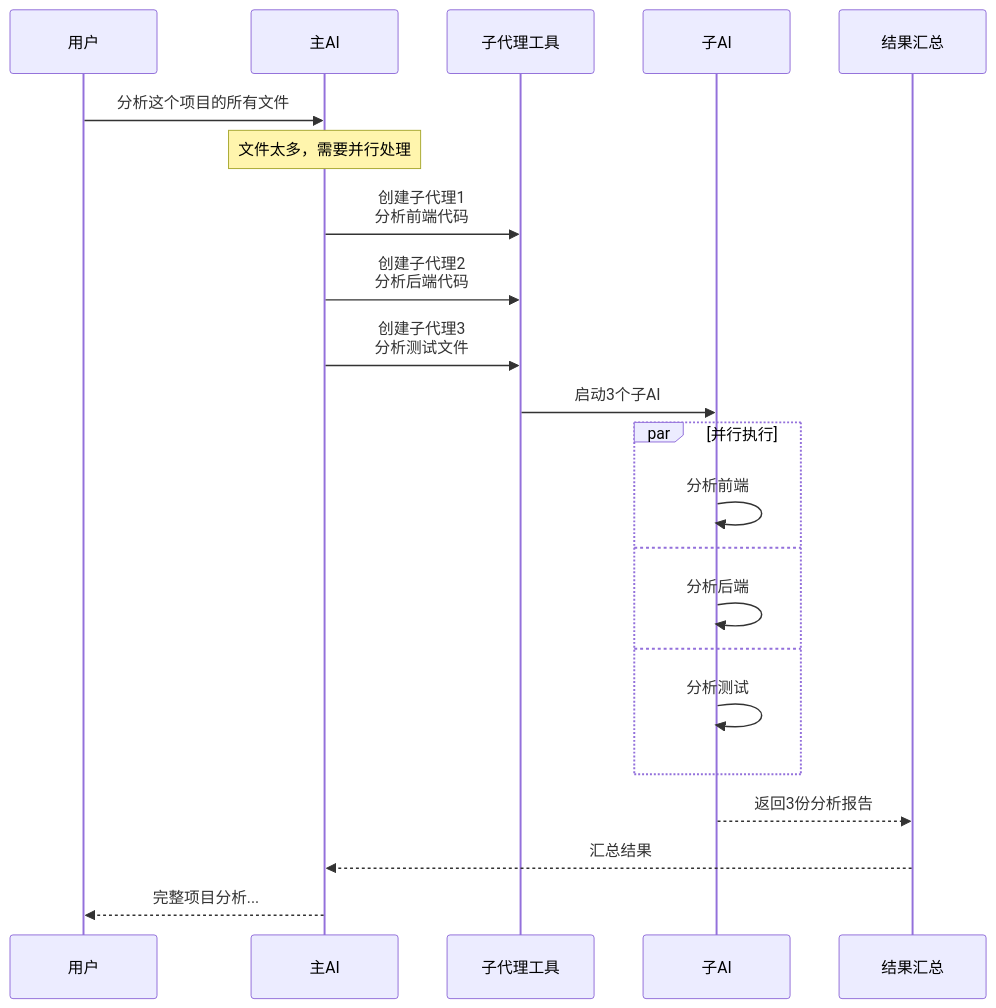
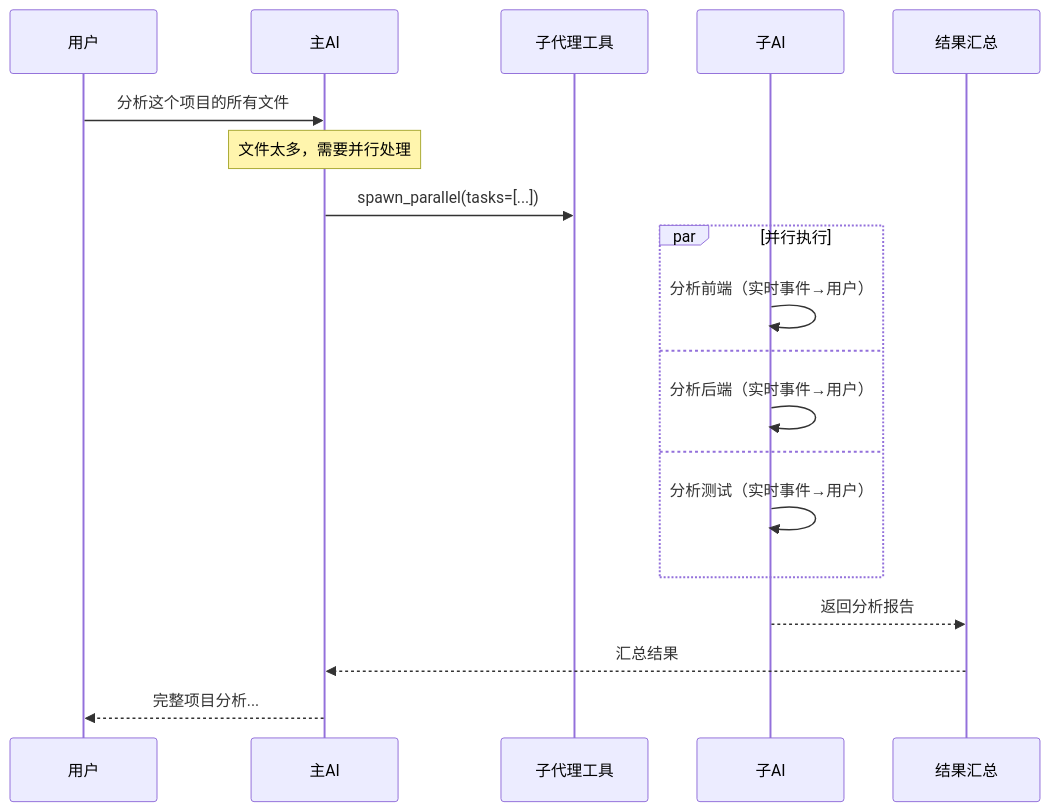
The tenth of 18 diagrams in docs/tools.md (yeheng/nanobot-rs), drawn with Mermaid before and after one commit. The commit also changed other lines of this file and 10 other files, not shown here.

Commit message:
feat(docs): 全面更新文档以反映 v2.1 配置、工具及子代理架构变更 - 更新配置文档：新增环境变量引用、api_base 字段、Anthropic/Gemini 提供商、模型 Profile 配置及新选项 - 重构工具文档：替换 Memory 工具为 History Query 工具、新增会话管理及消息工具、新增工具审批系统说明 - 更新子代理文档：新增模型选择参数、并行执行限制、WebSocket 流式事件类型及超时配置 - 更新会话文档：新增工具审批流程 Mermaid 图及说明 - 精简部署与 FAQ 文档：日志配置改为环境变量方式、移除过时配置项

````diff
--- a/docs/tools.md
+++ b/docs/tools.md
@@ -294,30 +281,26 @@
 ```mermaid
 sequenceDiagram
     participant U as 用户
     participant Main as 主AI
     participant Spawn as 子代理工具
     participant Sub as 子AI
     participant Res as 结果汇总
     
     U->>Main: 分析这个项目的所有文件
     
     Note over Main: 文件太多，需要并行处理
     
-    Main->>Spawn: 创建子代理1<br/>分析前端代码
-    Main->>Spawn: 创建子代理2<br/>分析后端代码
-    Main->>Spawn: 创建子代理3<br/>分析测试文件
-    
-    Spawn->>Sub: 启动3个子AI
+    Main->>Spawn: spawn_parallel(tasks=[...])
     
     par 并行执行
-        Sub->>Sub: 分析前端
+        Sub->>Sub: 分析前端（实时事件→用户）
     and
-        Sub->>Sub: 分析后端
+        Sub->>Sub: 分析后端（实时事件→用户）
     and
-        Sub->>Sub: 分析测试
+        Sub->>Sub: 分析测试（实时事件→用户）
     end
     
-    Sub-->>Res: 返回3份分析报告
+    Sub-->>Res: 返回分析报告
     Res-->>Main: 汇总结果
     Main-->>U: 完整项目分析...
 ```
````
